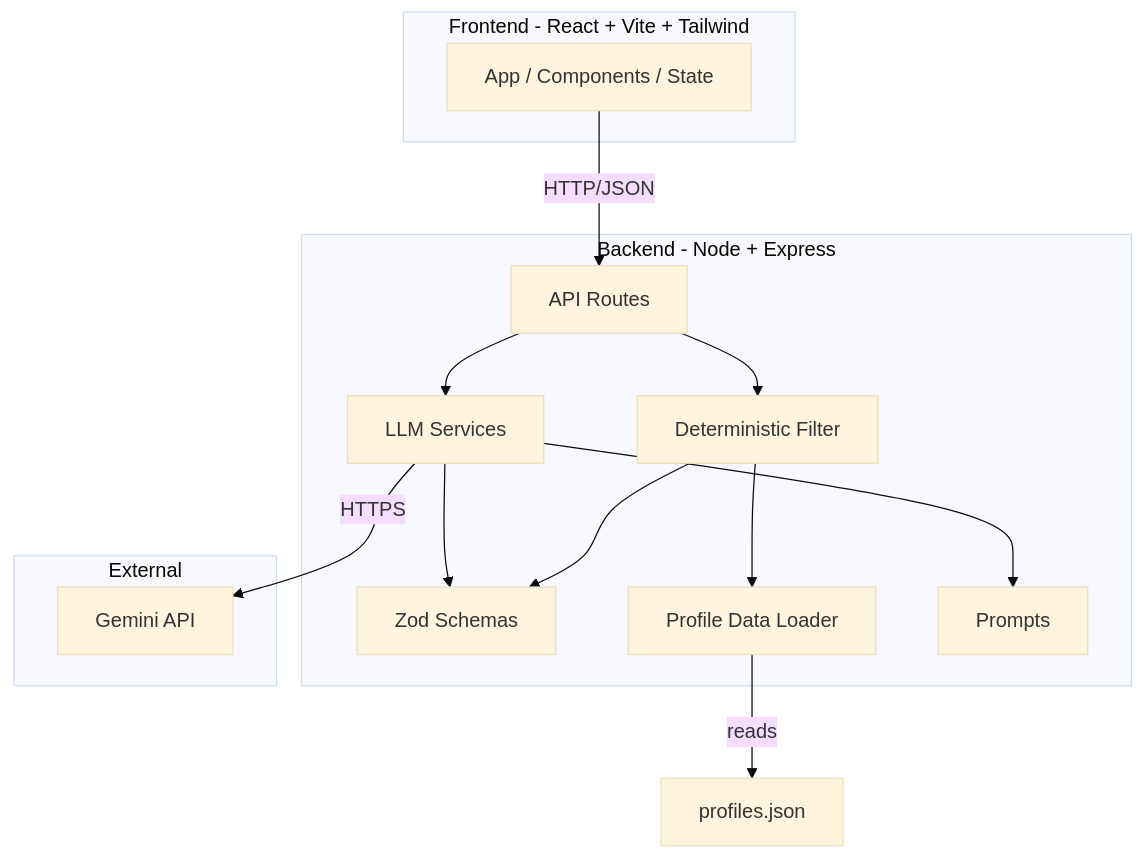
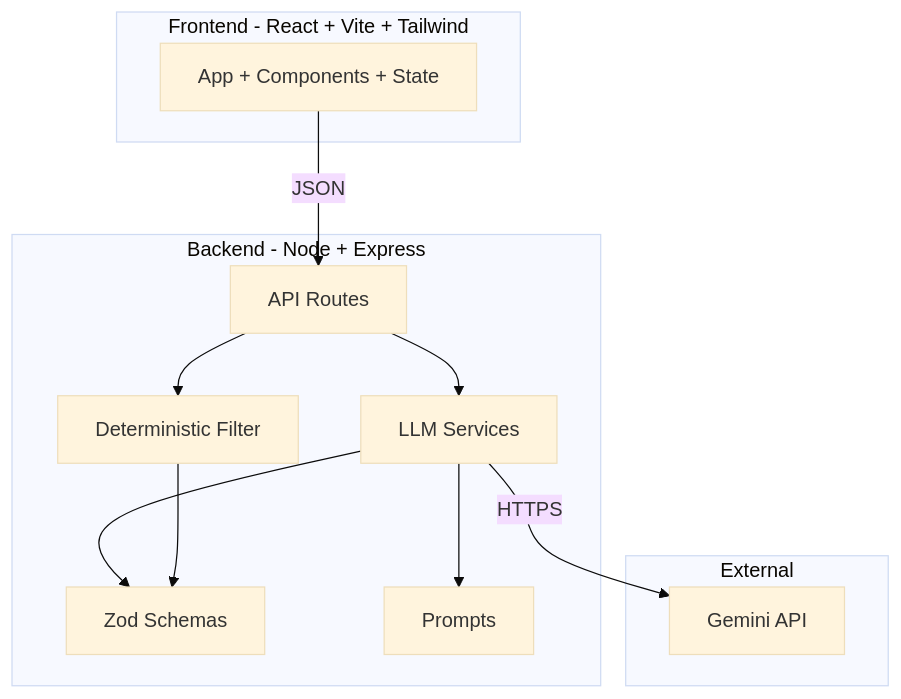
Before and after one commit to Abhay-SKulkarni123/flexiple-ai-recruiter: the third of 3 diagrams in README.md, drawn with Mermaid (base theme). The commit also changed other lines of this file, not shown here.

````diff
--- a/README.md
+++ b/README.md
@@ -199,29 +159,23 @@
 ```mermaid
 flowchart TB
-    subgraph Client[Frontend - React + Vite + Tailwind]
-        UI[App / Components / State]
+    subgraph FE[Frontend - React + Vite + Tailwind]
+        UI[App + Components + State]
     end
-
-    subgraph Server[Backend - Node + Express]
+    subgraph BE[Backend - Node + Express]
         API[API Routes]
-        LLMS[LLM Services]
+        LLM[LLM Services]
         FILT[Deterministic Filter]
         SCH[Zod Schemas]
-        DATA[Profile Data Loader]
         PROMPTS[Prompts]
     end
-
-    subgraph External[External]
+    subgraph EXT[External]
         GEM[Gemini API]
     end
-
-    UI -- HTTP/JSON --> API
-    API --> LLMS
-    LLMS --> SCH
-    LLMS --> PROMPTS
-    LLMS -- HTTPS --> GEM
+    UI -- JSON --> API
+    API --> LLM
+    LLM --> SCH
+    LLM --> PROMPTS
+    LLM -- HTTPS --> GEM
     API --> FILT
     FILT --> SCH
-    FILT --> DATA
-    DATA -- reads --> JSON[profiles.json]
 ```
````
